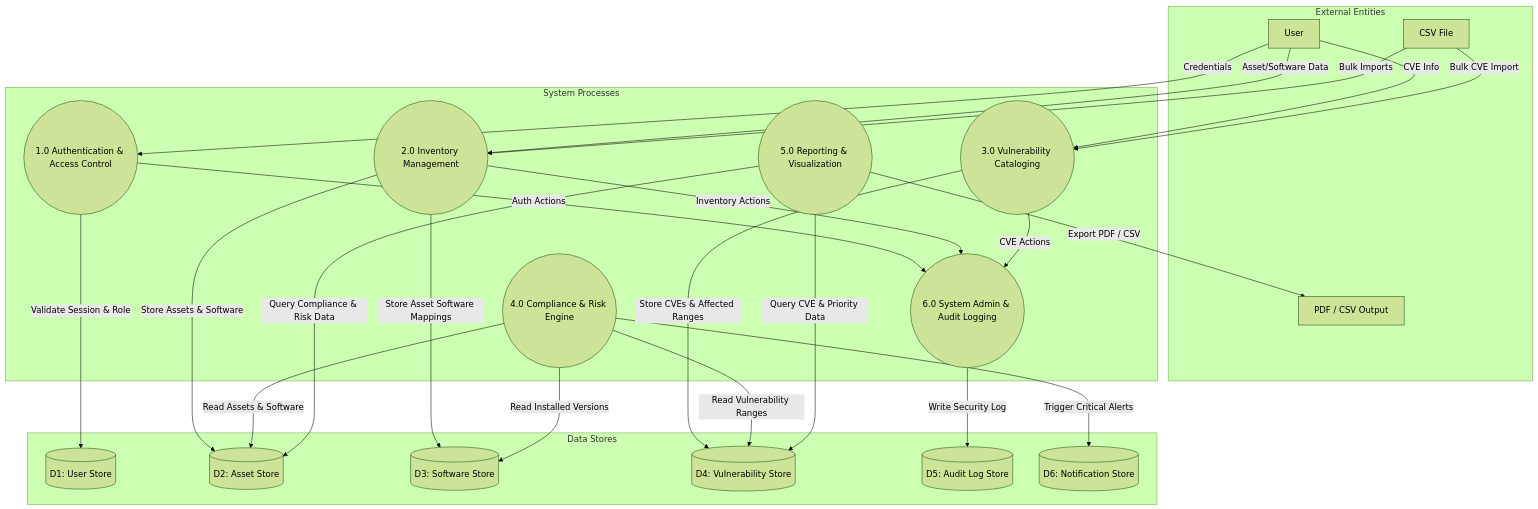
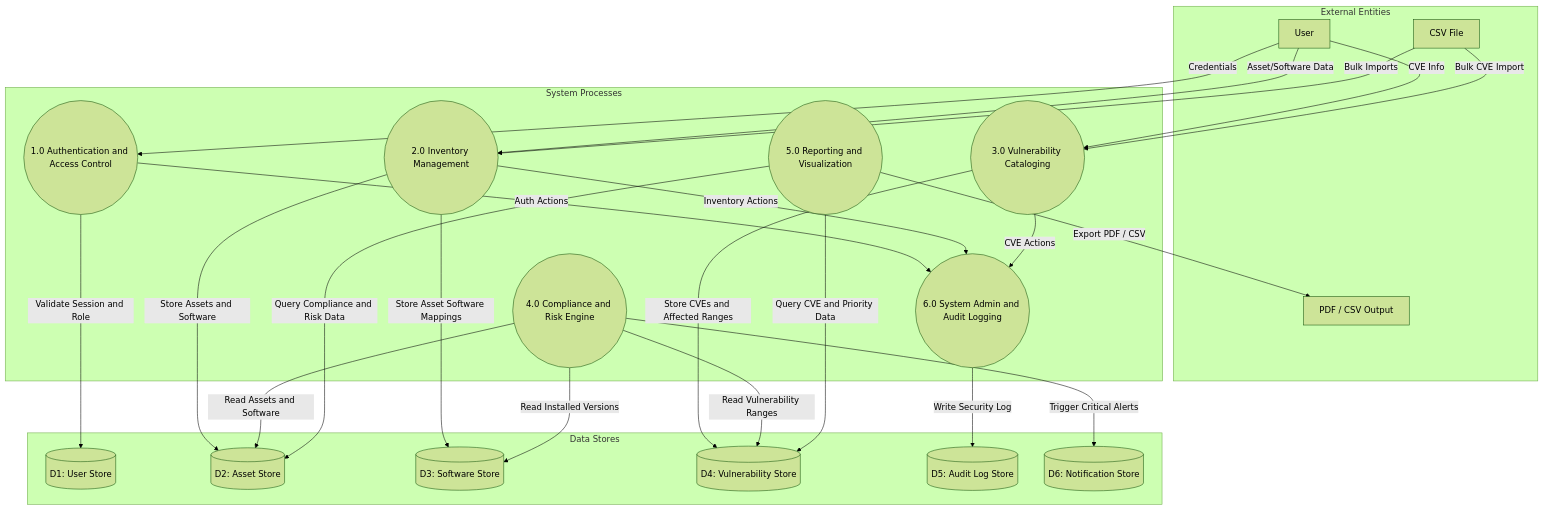
One commit to Hareekshith/EPCRAS changed the fourth of 7 diagrams in docs/design.md. Above: the diagram before and after it, drawn with Mermaid (forest theme). The commit also changed other lines of this file, not shown here.

````diff
--- a/docs/design.md
+++ b/docs/design.md
@@ -338,52 +338,52 @@
 ```mermaid
 flowchart TD
-    subgraph External ["External Entities"]
+    subgraph External["External Entities"]
         User["User"]
         CSV["CSV File"]
         Export["PDF / CSV Output"]
     end
 
-    subgraph Processes ["System Processes"]
-        P1(("1.0 Authentication & Access Control"))
+    subgraph Processes["System Processes"]
+        P1(("1.0 Authentication and Access Control"))
         P2(("2.0 Inventory Management"))
         P3(("3.0 Vulnerability Cataloging"))
-        P4(("4.0 Compliance & Risk Engine"))
-        P5(("5.0 Reporting & Visualization"))
-        P6(("6.0 System Admin & Audit Logging"))
+        P4(("4.0 Compliance and Risk Engine"))
+        P5(("5.0 Reporting and Visualization"))
+        P6(("6.0 System Admin and Audit Logging"))
     end
 
-    subgraph DataStores ["Data Stores"]
+    subgraph DataStores["Data Stores"]
         D1[("D1: User Store")]
         D2[("D2: Asset Store")]
         D3[("D3: Software Store")]
         D4[("D4: Vulnerability Store")]
         D5[("D5: Audit Log Store")]
         D6[("D6: Notification Store")]
     end
 
-    User -- "Credentials" --> P1
-    P1 -- "Validate Session & Role" --> D1
+    User -->|"Credentials"| P1
+    P1 -->|"Validate Session and Role"| D1
     
-    User -- "Asset/Software Data" --> P2
-    CSV -- "Bulk Imports" --> P2
-    P2 -- "Store Assets & Software" --> D2
-    P2 -- "Store Asset Software Mappings" --> D3
+    User -->|"Asset/Software Data"| P2
+    CSV -->|"Bulk Imports"| P2
+    P2 -->|"Store Assets and Software"| D2
+    P2 -->|"Store Asset Software Mappings"| D3
 
-    User -- "CVE Info" --> P3
-    CSV -- "Bulk CVE Import" --> P3
-    P3 -- "Store CVEs & Affected Ranges" --> D4
+    User -->|"CVE Info"| P3
+    CSV -->|"Bulk CVE Import"| P3
+    P3 -->|"Store CVEs and Affected Ranges"| D4
 
-    P4 -- "Read Assets & Software" --> D2
-    P4 -- "Read Installed Versions" --> D3
-    P4 -- "Read Vulnerability Ranges" --> D4
-    P4 -- "Trigger Critical Alerts" --> D6
+    P4 -->|"Read Assets and Software"| D2
+    P4 -->|"Read Installed Versions"| D3
+    P4 -->|"Read Vulnerability Ranges"| D4
+    P4 -->|"Trigger Critical Alerts"| D6
 
-    P5 -- "Query Compliance & Risk Data" --> D2
-    P5 -- "Query CVE & Priority Data" --> D4
-    P5 -- "Export PDF / CSV" --> Export
+    P5 -->|"Query Compliance and Risk Data"| D2
+    P5 -->|"Query CVE and Priority Data"| D4
+    P5 -->|"Export PDF / CSV"| Export
 
-    P1 -- "Auth Actions" --> P6
-    P2 -- "Inventory Actions" --> P6
-    P3 -- "CVE Actions" --> P6
-    P6 -- "Write Security Log" --> D5
+    P1 -->|"Auth Actions"| P6
+    P2 -->|"Inventory Actions"| P6
+    P3 -->|"CVE Actions"| P6
+    P6 -->|"Write Security Log"| D5
 ```
````
